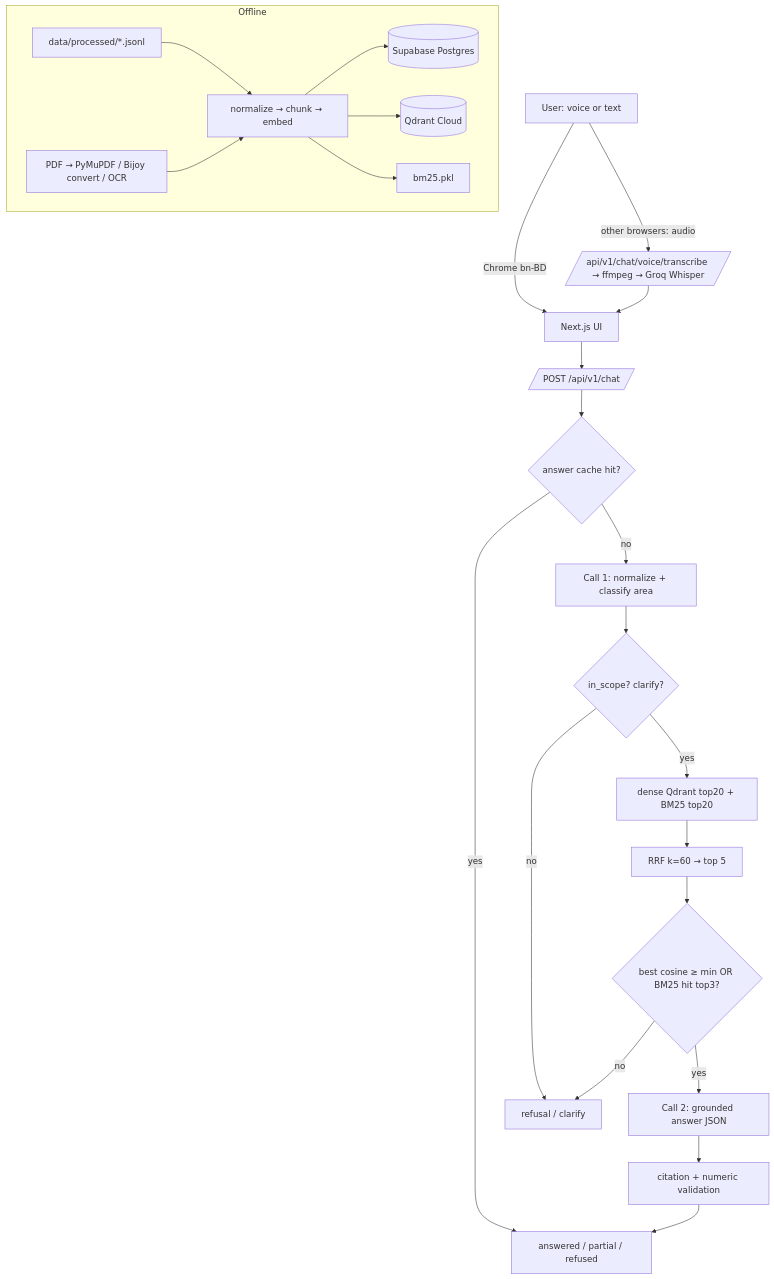
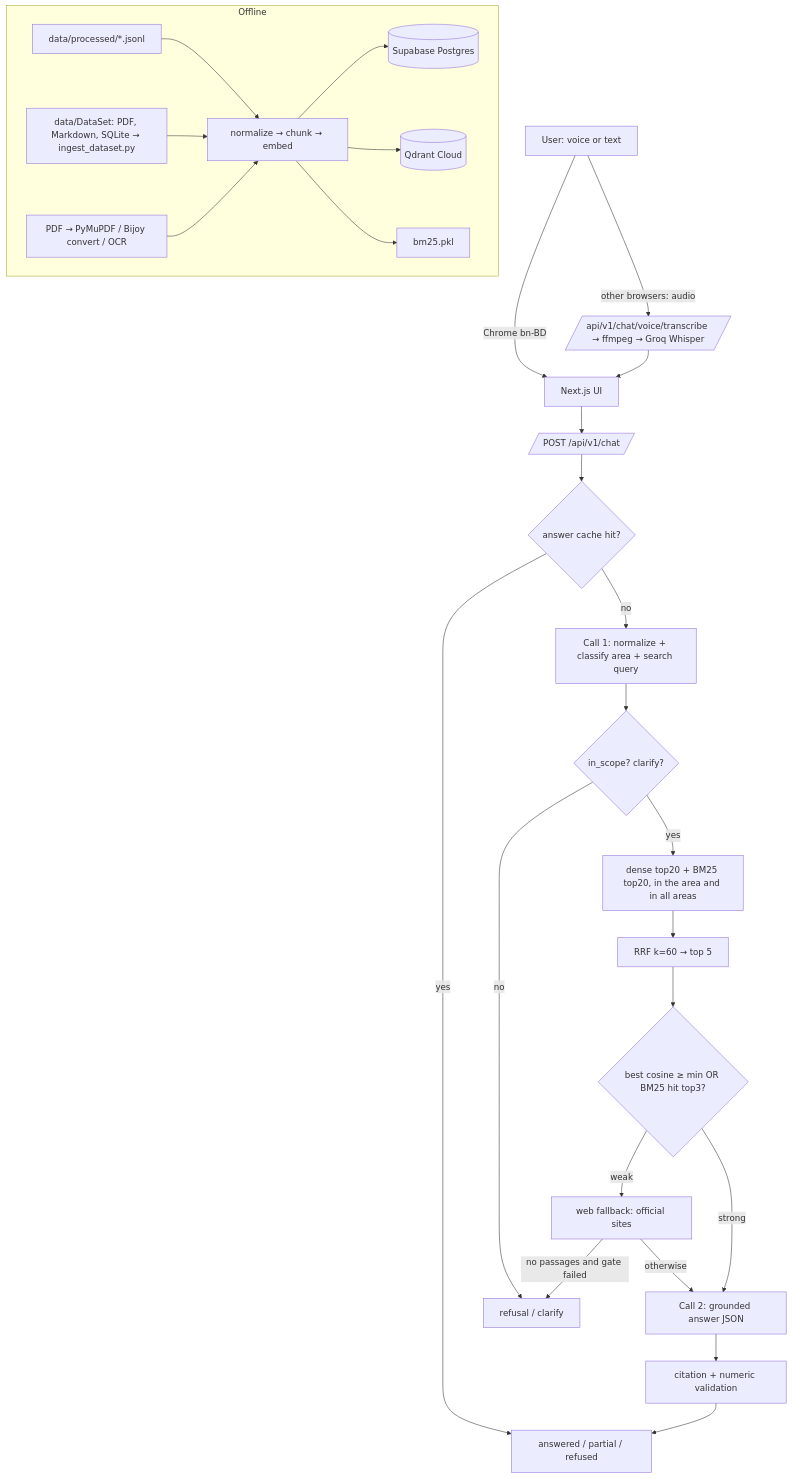
The diagram in plan.md (cou-ai-hackathon26/team_Phantom_Troupe), drawn with Mermaid before and after one commit. The commit also changed other lines of this file and 7 other files, not shown here.

````diff
--- a/plan.md
+++ b/plan.md
@@ -10,26 +12,29 @@
 ```mermaid
 flowchart TD
     U[User: voice or text] -->|Chrome bn-BD| FE[Next.js UI]
     U -->|other browsers: audio| VOICE[/api/v1/chat/voice/transcribe → ffmpeg → Groq Whisper/]
     VOICE --> FE
     FE --> CHAT[/POST /api/v1/chat/]
     CHAT --> CACHE{answer cache hit?}
     CACHE -->|yes| OUT
-    CACHE -->|no| C1[Call 1: normalize + classify area]
+    CACHE -->|no| C1[Call 1: normalize + classify area + search query]
     C1 --> GATE1{in_scope? clarify?}
     GATE1 -->|no| REF[refusal / clarify]
-    GATE1 -->|yes| RET[dense Qdrant top20 + BM25 top20]
+    GATE1 -->|yes| RET[dense top20 + BM25 top20, in the area and in all areas]
     RET --> RRF[RRF k=60 → top 5]
     RRF --> GATE2{best cosine ≥ min OR BM25 hit top3?}
-    GATE2 -->|no| REF
-    GATE2 -->|yes| C2[Call 2: grounded answer JSON]
+    GATE2 -->|weak| WEB[web fallback: official sites]
+    WEB -->|no passages and gate failed| REF
+    WEB -->|otherwise| C2
+    GATE2 -->|strong| C2[Call 2: grounded answer JSON]
     C2 --> VAL[citation + numeric validation]
     VAL --> OUT[answered / partial / refused]
     subgraph Offline
       JSONL[data/processed/*.jsonl] --> ING[normalize → chunk → embed]
+      DS[data/DataSet: PDF, Markdown, SQLite → ingest_dataset.py] --> ING
       PDF[PDF → PyMuPDF / Bijoy convert / OCR] --> ING
       ING --> PG[(Supabase Postgres)]
       ING --> QD[(Qdrant Cloud)]
       ING --> BM[bm25.pkl]
     end
 ```
````
